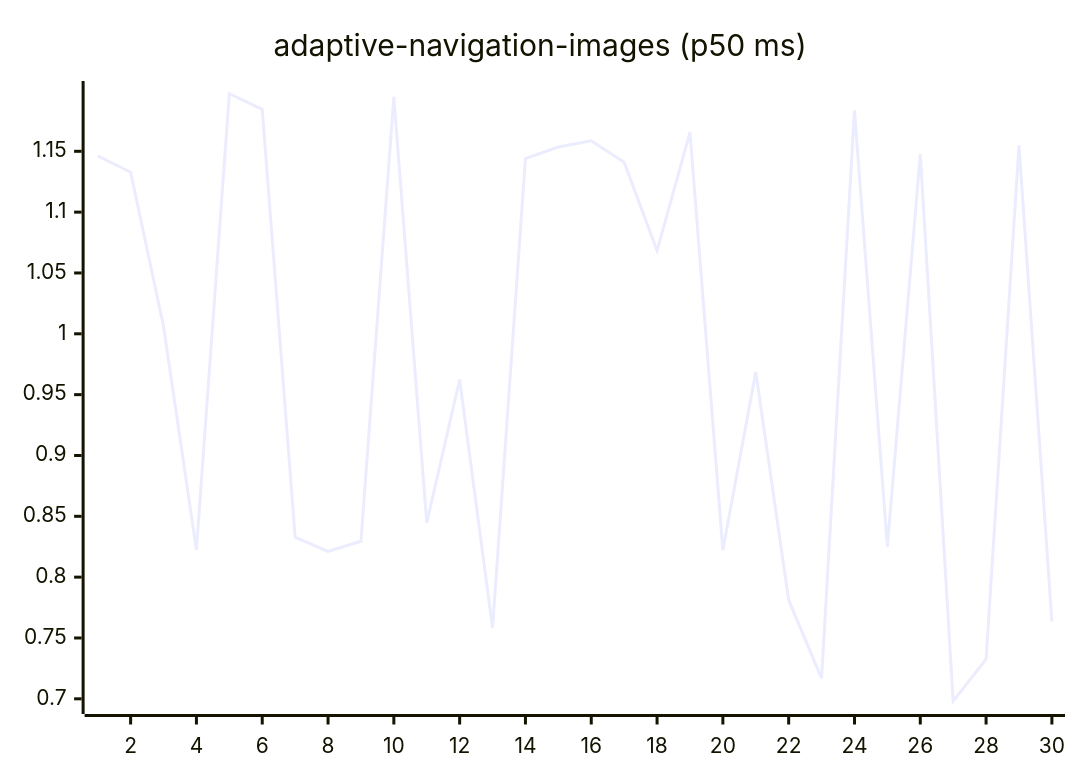
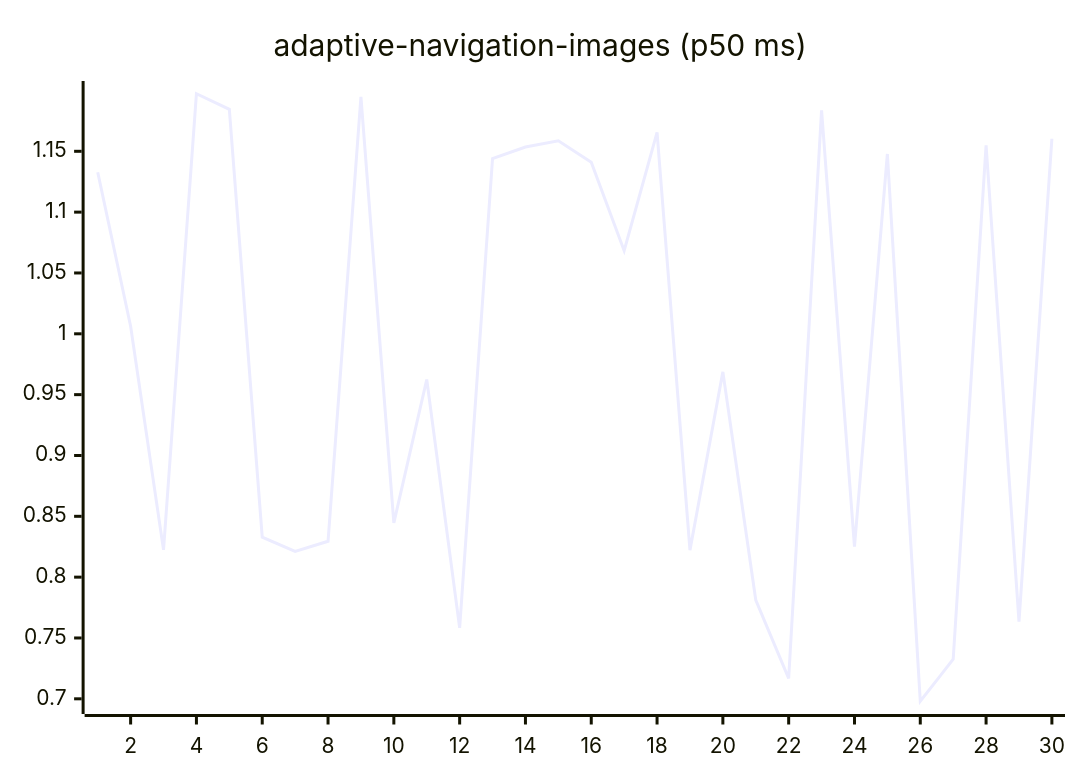
The first of 27 diagrams in README.md (josha/Facet), drawn with Mermaid before and after one commit. The commit also changed other lines of this file and 2 other files, not shown here.

````diff
--- a/README.md
+++ b/README.md
@@ -63,6 +63,6 @@
 ```mermaid
 xychart-beta
     title "adaptive-navigation-images (p50 ms)"
     x-axis 1 --> 30
-    line [1.1462, 1.1328, 1.0062, 0.8224, 1.1973, 1.1845, 0.8328, 0.8211, 0.8295, 1.1947, 0.8446, 0.9624, 0.7583, 1.1441, 1.1535, 1.1586, 1.1410, 1.0683, 1.1655, 0.8222, 0.9687, 0.7812, 0.7168, 1.1836, 0.8250, 1.1478, 0.6980, 0.7325, 1.1549, 0.7635]
+    line [1.1328, 1.0062, 0.8224, 1.1973, 1.1845, 0.8328, 0.8211, 0.8295, 1.1947, 0.8446, 0.9624, 0.7583, 1.1441, 1.1535, 1.1586, 1.1410, 1.0683, 1.1655, 0.8222, 0.9687, 0.7812, 0.7168, 1.1836, 0.8250, 1.1478, 0.6980, 0.7325, 1.1549, 0.7635, 1.1603]
 ```
````
